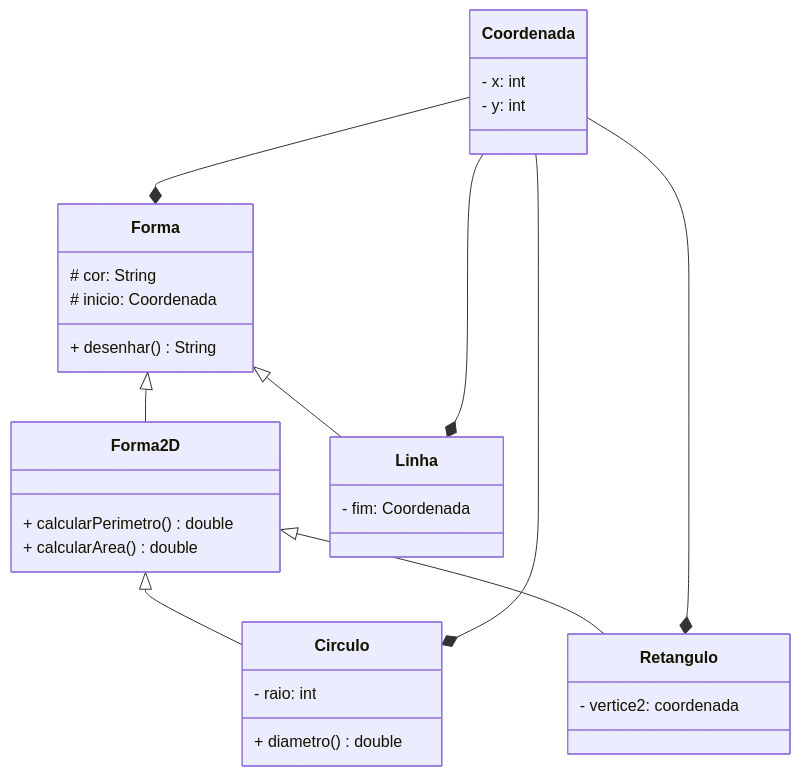
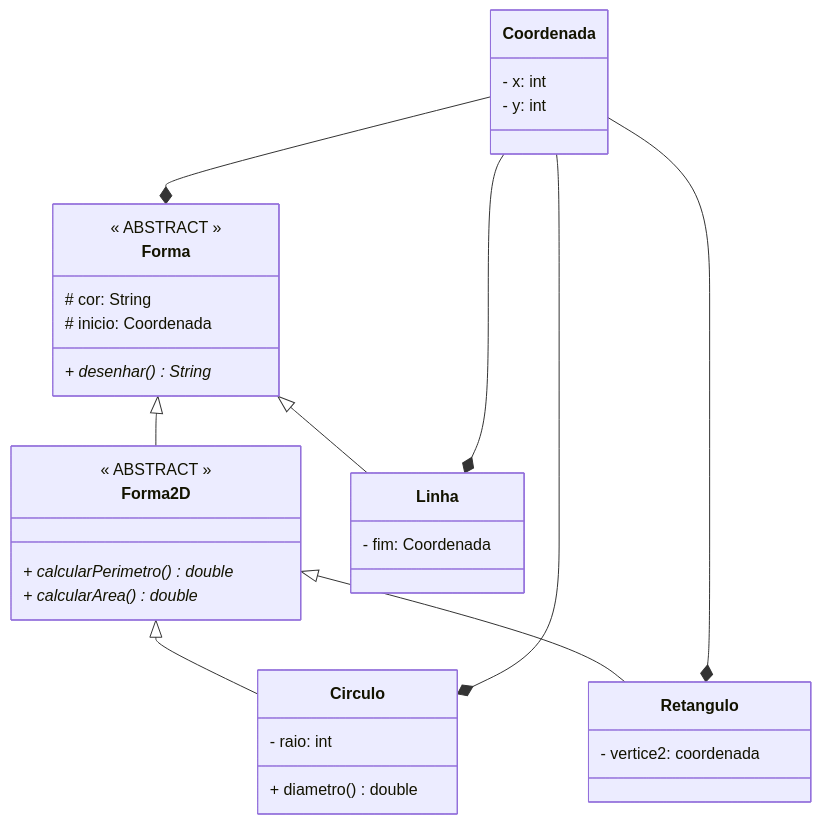
One commit to Doge-Stark/POO changed the first of 2 diagrams in aulas/2026-10-26/Desenho2D/readMe.md. Above: the diagram before and after it, drawn with Mermaid. The commit also changed other lines of this file and 9 other files, not shown here.

````diff
--- a/aulas/2026-10-26/Desenho2D/readMe.md
+++ b/aulas/2026-10-26/Desenho2D/readMe.md
@@ -1,45 +1,47 @@
 ```mermaid
     classDiagram
         direction BT
     
-    class Forma{
+    class Forma{ 
+        << ABSTRACT >>
         # cor: String
         # inicio: Coordenada
-        + desenhar() String
+        + desenhar() String*
       
     }
     class Forma2D{
-        + calcularPerimetro() double
-        + calcularArea() double
+        << ABSTRACT >>
+        + calcularPerimetro() double*
+        + calcularArea() double*
     }
     
     class Coordenada{
         - x: int
         - y: int
     }
     
     class Linha{
         - fim: Coordenada
     }
     
     class Circulo{
         - raio: int
         + diametro() double
     }
     
     class Retangulo{
         - vertice2: coordenada
     }
     
     Linha --|> Forma
     Circulo --|> Forma2D
     Retangulo --|> Forma2D
     Forma2D --|> Forma
     Linha *-- Coordenada
     Circulo *-- Coordenada
     Retangulo *-- Coordenada
     Forma *-- Coordenada
     
     
     
 ```
````
